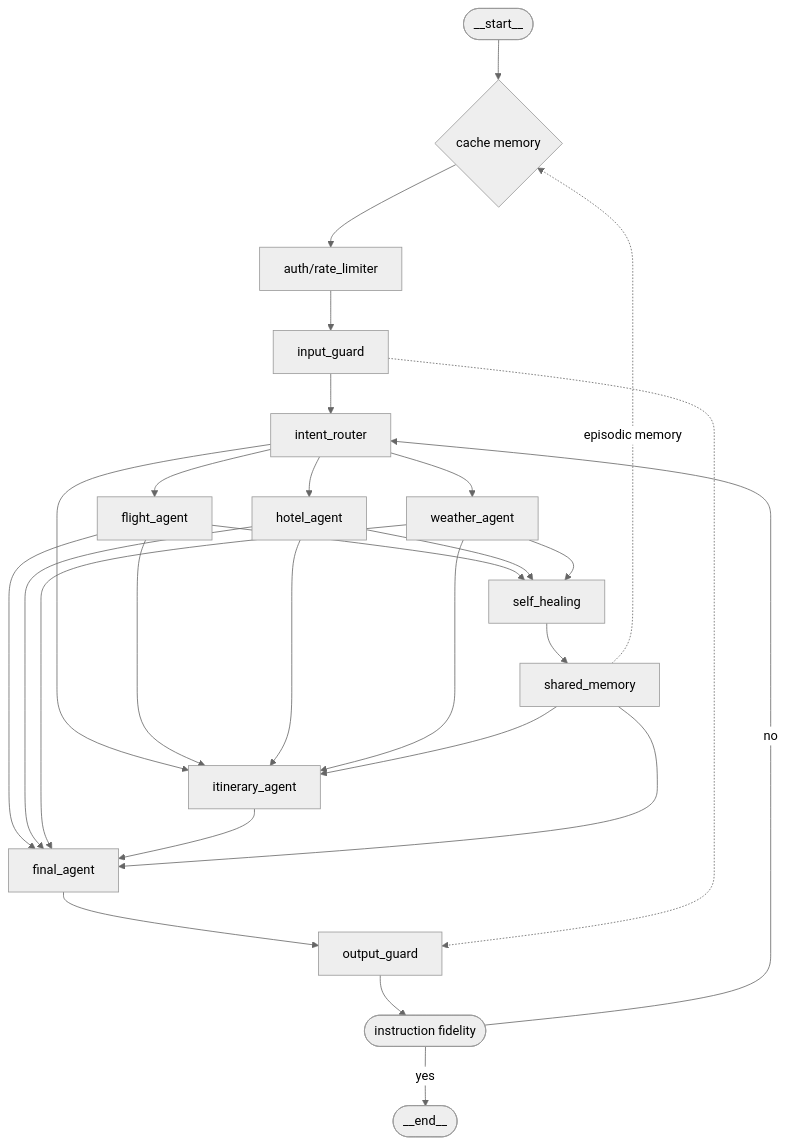
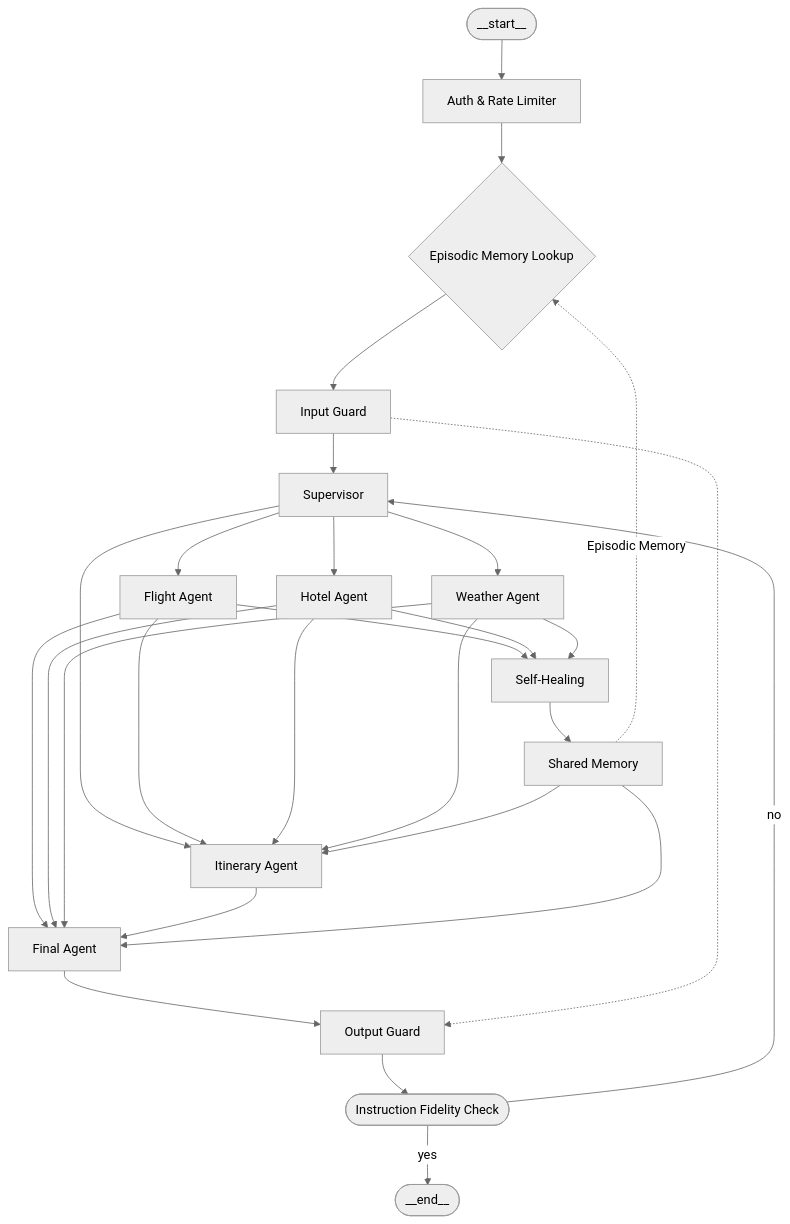
The diagram in README.md (mohamed2012004/Travel-Mate-AI), drawn with Mermaid (neutral theme) before and after one commit.

Commit message:
refactor(diagram): update flowchart labels for clarity and consistency

````diff
--- a/README.md
+++ b/README.md
@@ -52,31 +52,31 @@
 ```mermaid
 flowchart TD
     Start([__start__])
-    Start --> Cache{"cache memory"}
-    Cache --> Edge["auth/rate_limiter"]
-    Edge --> InputGuard["input_guard"]
-    InputGuard --> Router["intent_router"]
-    Router --> Flight["flight_agent"]
-    Router --> Hotel["hotel_agent"]
-    Router --> Weather["weather_agent"]
-    Router --> Itinerary["itinerary_agent"]
-    Flight --> Healing["self_healing"]
+    Start --> Edge["Auth & Rate Limiter"]
+    Edge --> Cache{"Episodic Memory Lookup"}
+    Cache --> InputGuard["Input Guard"]
+    InputGuard --> Router["Supervisor"]
+    Router --> Flight["Flight Agent"]
+    Router --> Hotel["Hotel Agent"]
+    Router --> Weather["Weather Agent"]
+    Router --> Itinerary["Itinerary Agent"]
+    Flight --> Healing["Self-Healing"]
     Hotel --> Healing
     Weather --> Healing
-    Healing --> Shared["shared_memory"]
+    Healing --> Shared["Shared Memory"]
     Flight --> Itinerary
     Hotel --> Itinerary
     Weather --> Itinerary
     Shared --> Itinerary
-    Shared -.->|episodic memory| Cache
-    Flight --> Final["final_agent"]
+    Shared -.->|Episodic Memory| Cache
+    Flight --> Final["Final Agent"]
     Hotel --> Final
     Weather --> Final
     Itinerary --> Final
     Shared --> Final
-    Final --> OutputGuard["output_guard"]
-    OutputGuard --> Fidelity([instruction fidelity])
+    Final --> OutputGuard["Output Guard"]
+    OutputGuard --> Fidelity([Instruction Fidelity Check])
     Fidelity -->|yes| End([__end__])
     Fidelity -->|no| Router
     InputGuard -.-> OutputGuard
 ```
````
